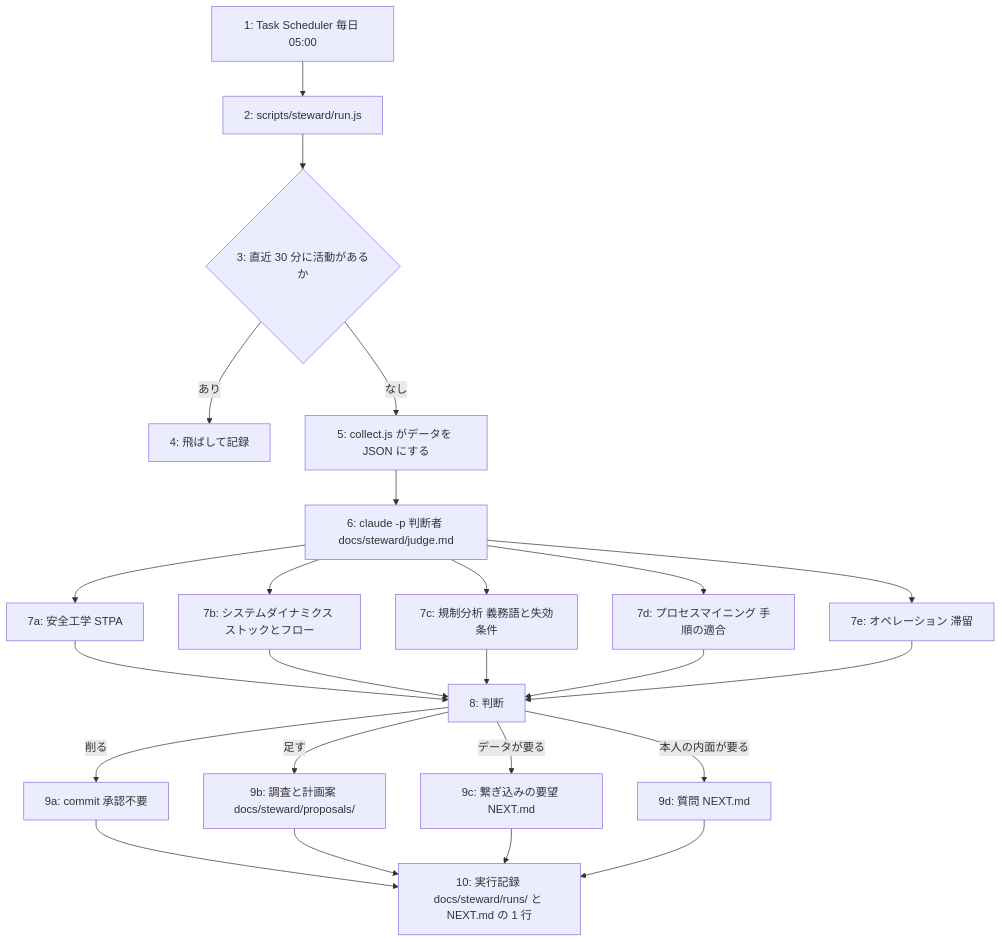
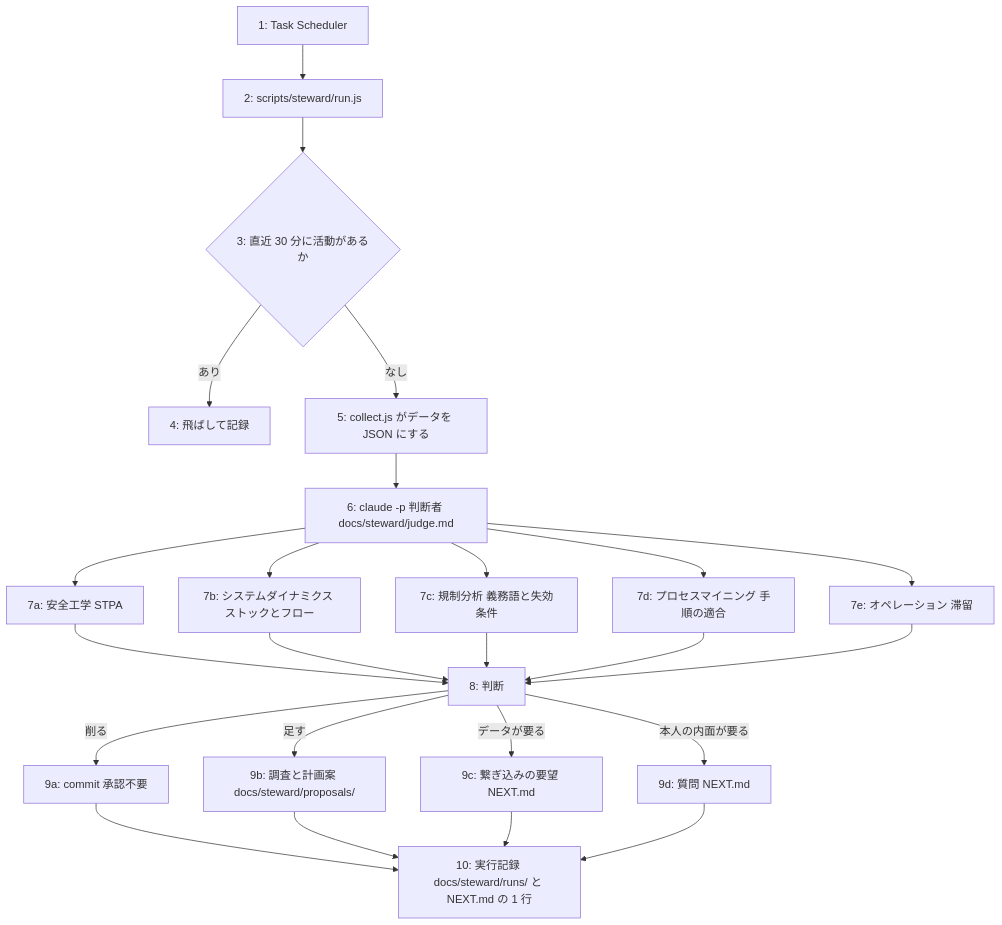
One commit to pokadokan-boop/music_action_lab changed the diagram in docs/plan/loop-phase2.md. Above: the diagram before and after it, drawn with Mermaid.

Commit message:
[仕組み] 判断者: loop-phase2.md の設計図の「毎日 05:00」を削る (同じ文書の既定値と矛盾)
専門家 3 (規制分析) と 4 (プロセスマイニング): 設計図 24 行目の起動「毎日 05:00」は、同じ文書 93 行目「決めた既定値」の
「PC を 15 分放置したら」(2026-10-30 に切り替え) と食い違う。実際は register.js の ONIDLE。起動条件は 93 行目の 1 か所に残す。
T4 の 88 行目は当時の作業の記録なので残す。

````diff
--- a/docs/plan/loop-phase2.md
+++ b/docs/plan/loop-phase2.md
@@ -22,26 +22,26 @@
 ```mermaid
 graph TD
-    TS[1: Task Scheduler 毎日 05:00] --> RUN[2: scripts/steward/run.js]
+    TS[1: Task Scheduler] --> RUN[2: scripts/steward/run.js]
     RUN --> WG{3: 直近 30 分に活動があるか}
     WG -->|あり| SKIP[4: 飛ばして記録]
     WG -->|なし| COL[5: collect.js がデータを JSON にする]
     COL --> J[6: claude -p 判断者 docs/steward/judge.md]
     J --> E1[7a: 安全工学 STPA]
     J --> E2[7b: システムダイナミクス ストックとフロー]
     J --> E3[7c: 規制分析 義務語と失効条件]
     J --> E4[7d: プロセスマイニング 手順の適合]
     J --> E5[7e: オペレーション 滞留]
     E1 --> D[8: 判断]
     E2 --> D
     E3 --> D
     E4 --> D
     E5 --> D
     D -->|削る| C1[9a: commit 承認不要]
     D -->|足す| C2[9b: 調査と計画案 docs/steward/proposals/]
     D -->|データが要る| C3[9c: 繋ぎ込みの要望 NEXT.md]
     D -->|本人の内面が要る| C4[9d: 質問 NEXT.md]
     C1 --> REC[10: 実行記録 docs/steward/runs/ と NEXT.md の 1 行]
     C2 --> REC
     C3 --> REC
     C4 --> REC
 ```
````
